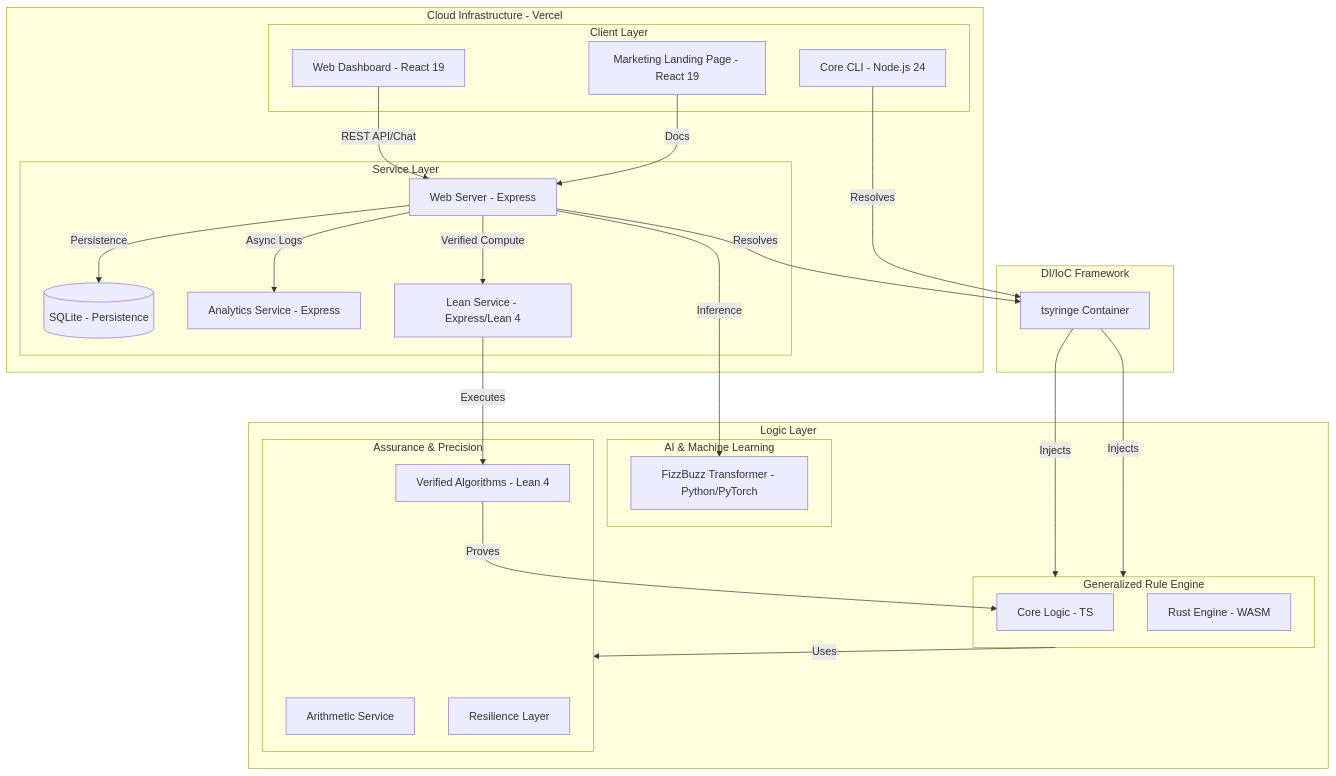
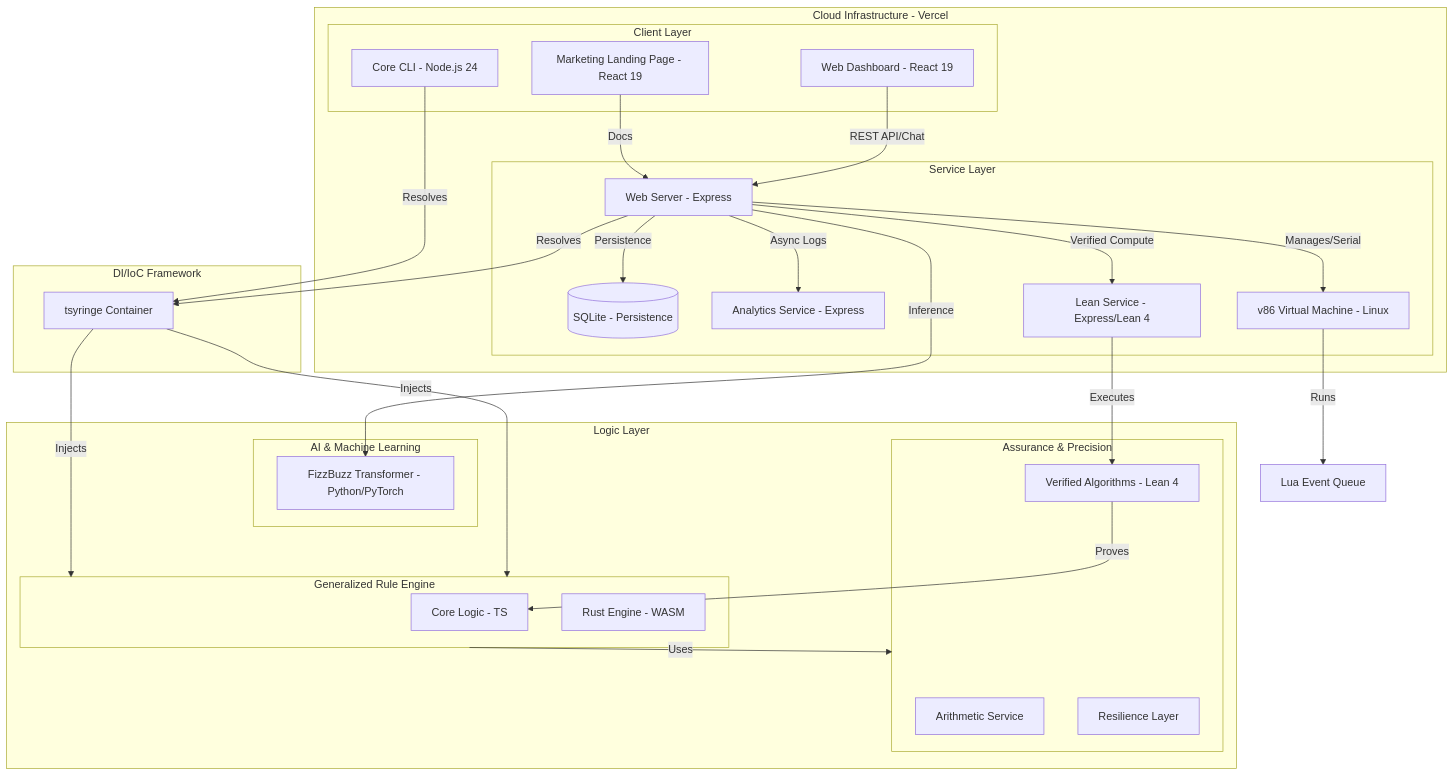
The second of 2 diagrams in README.md (CamJohnson26/agent-first-fizzbuzz-scalable), drawn with Mermaid before and after one commit. The commit also changed other lines of this file and 1 other file, not shown here.

Commit message:
docs: sync architecture and feature overview with current implementation

````diff
--- a/README.md
+++ b/README.md
@@ -66,50 +66,53 @@
 ```mermaid
 graph TD
     subgraph Hosting [Cloud Infrastructure - Vercel]
         subgraph Client_Layer [Client Layer]
             WD[Web Dashboard - React 19]
             LP[Marketing Landing Page - React 19]
             CLI[Core CLI - Node.js 24]
         end
 
         subgraph Service_Layer [Service Layer]
             WS[Web Server - Express]
             DB[(SQLite - Persistence)]
             AS[Analytics Service - Express]
             LS[Lean Service - Express/Lean 4]
+            VM[v86 Virtual Machine - Linux]
         end
     end
 
     subgraph Logic_Layer [Logic Layer]
         subgraph Generalized_Engine [Generalized Rule Engine]
             CL[Core Logic - TS]
             RE[Rust Engine - WASM]
         end
         subgraph Machine_Learning [AI & Machine Learning]
             TF[FizzBuzz Transformer - Python/PyTorch]
         end
         subgraph Assurance_Layer [Assurance & Precision]
             ASV[Arithmetic Service]
             RL[Resilience Layer]
             VA[Verified Algorithms - Lean 4]
         end
     end
 
     subgraph DI_IoC [DI/IoC Framework]
         DI[tsyringe Container]
     end
 
     WD -- REST API/Chat --> WS
     LP -- Docs --> WS
     WS -- Persistence --> DB
     WS -- Inference --> TF
     WS -- Resolves --> DI
+    WS -- Manages/Serial --> VM
+    VM -- Runs --> EQ[Lua Event Queue]
     DI -- Injects --> Generalized_Engine
     WS -- Async Logs --> AS
     WS -- Verified Compute --> LS
     CLI -- Resolves --> DI
     DI -- Injects --> Generalized_Engine
     Generalized_Engine -- Uses --> Assurance_Layer
     VA -- Proves --> CL
     LS -- Executes --> VA
 ```
````
